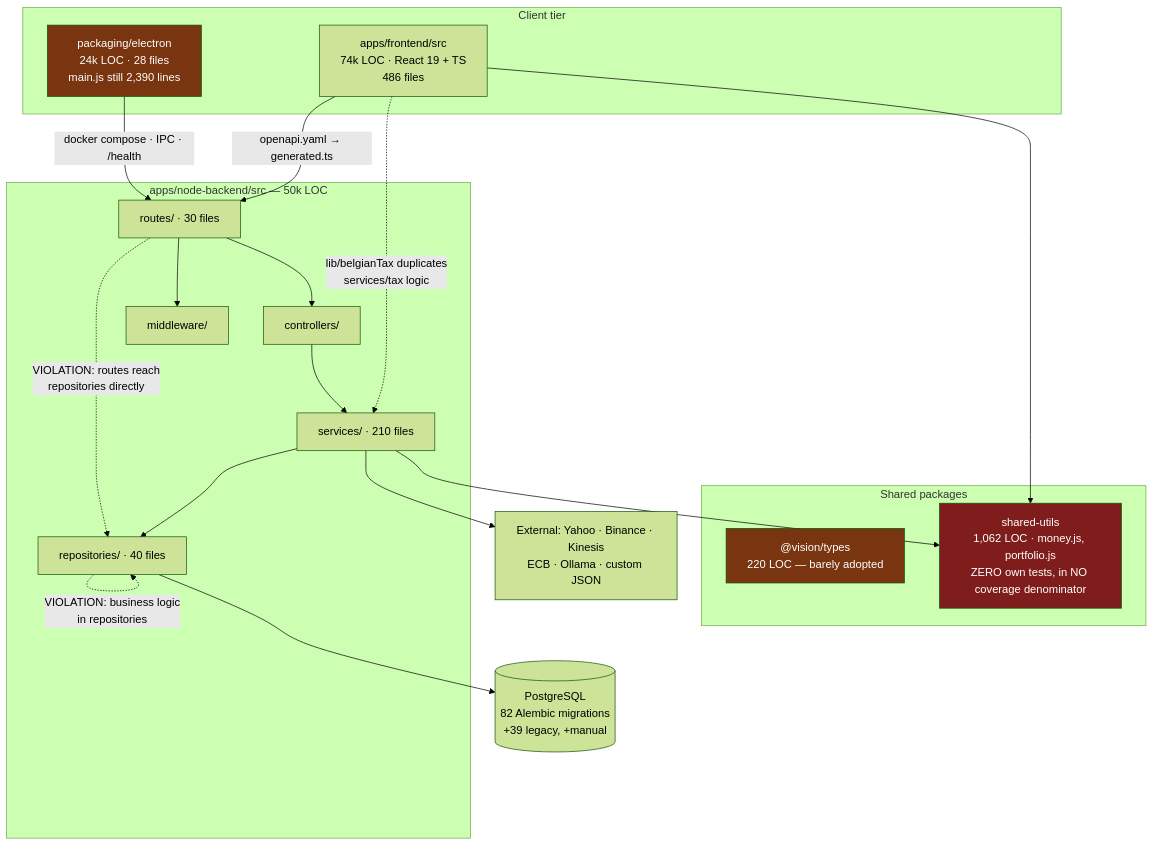
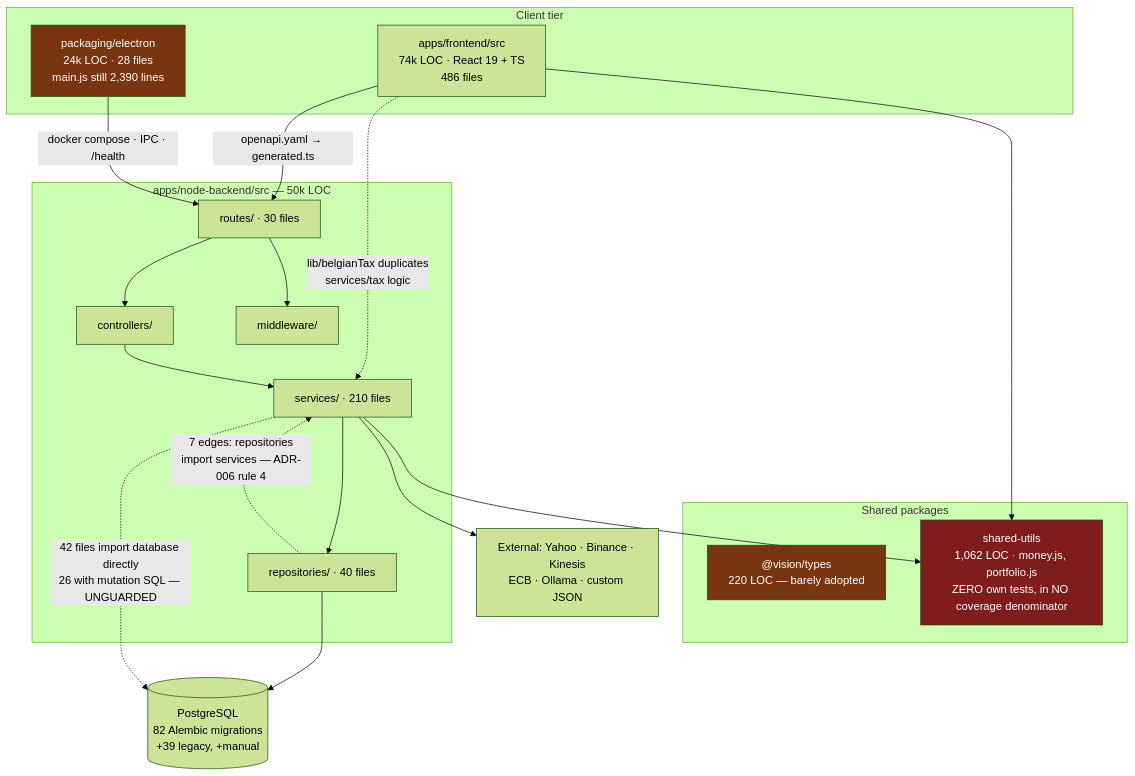
One commit to EraPartner/Vision changed the first of 7 diagrams in docs/audits/2026-07-27-codebase-research-audit.md. Above: the diagram before and after it, drawn with Mermaid (forest theme). The commit also changed other lines of this file, not shown here.

````diff
--- a/docs/audits/2026-07-27-codebase-research-audit.md
+++ b/docs/audits/2026-07-27-codebase-research-audit.md
@@ -112,40 +112,40 @@
 ```mermaid
 flowchart TB
     subgraph client["Client tier"]
         FE["apps/frontend/src<br/>74k LOC · React 19 + TS<br/>486 files"]
         EL["packaging/electron<br/>24k LOC · 28 files<br/>main.js still 2,390 lines"]
     end
 
     subgraph shared["Shared packages"]
         TY["@vision/types<br/>220 LOC — barely adopted"]
         SU["shared-utils<br/>1,062 LOC · money.js, portfolio.js<br/>ZERO own tests, in NO coverage denominator"]
     end
 
     subgraph backend["apps/node-backend/src — 50k LOC"]
         RT["routes/ · 30 files"]
         CT["controllers/"]
         SV["services/ · 210 files"]
         RP["repositories/ · 40 files"]
         MW["middleware/"]
     end
 
     DB[("PostgreSQL<br/>82 Alembic migrations<br/>+39 legacy, +manual")]
     EXT["External: Yahoo · Binance · Kinesis<br/>ECB · Ollama · custom JSON"]
 
     FE -->|"openapi.yaml → generated.ts"| RT
     EL -->|"docker compose · IPC · /health"| RT
     FE --> SU
     SV --> SU
     FE -.->|"lib/belgianTax duplicates<br/>services/tax logic"| SV
 
     RT --> CT --> SV --> RP --> DB
     RT --> MW
     SV --> EXT
 
-    RT -.->|"VIOLATION: routes reach<br/>repositories directly"| RP
-    RP -.->|"VIOLATION: business logic<br/>in repositories"| RP
+    SV -.->|"42 files import database directly<br/>26 with mutation SQL — UNGUARDED"| DB
+    RP -.->|"7 edges: repositories<br/>import services — ADR-006 rule 4"| SV
 
     style SU fill:#7f1d1d,color:#fff
     style TY fill:#78350f,color:#fff
     style EL fill:#78350f,color:#fff
 ```
````
